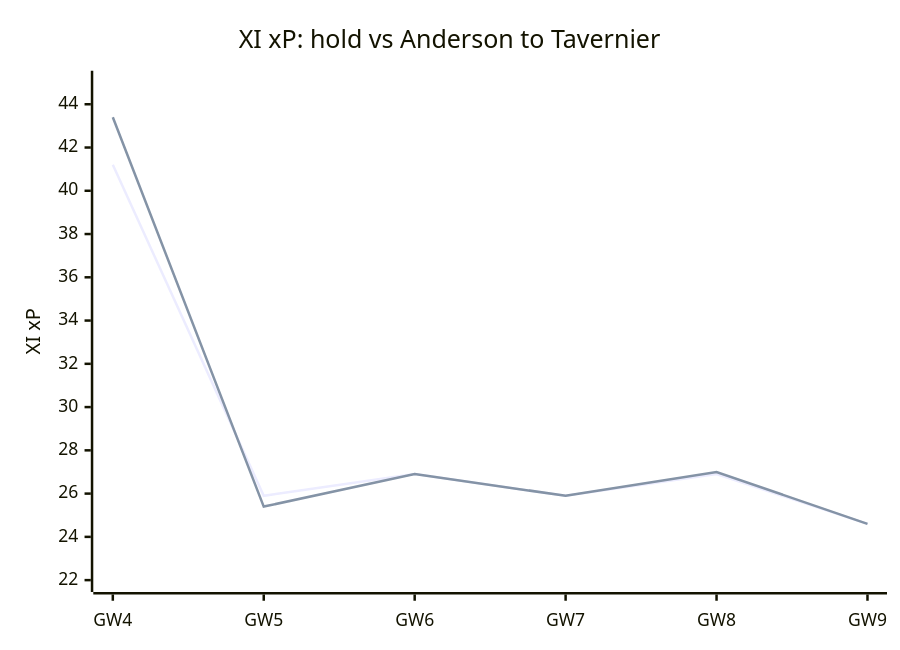
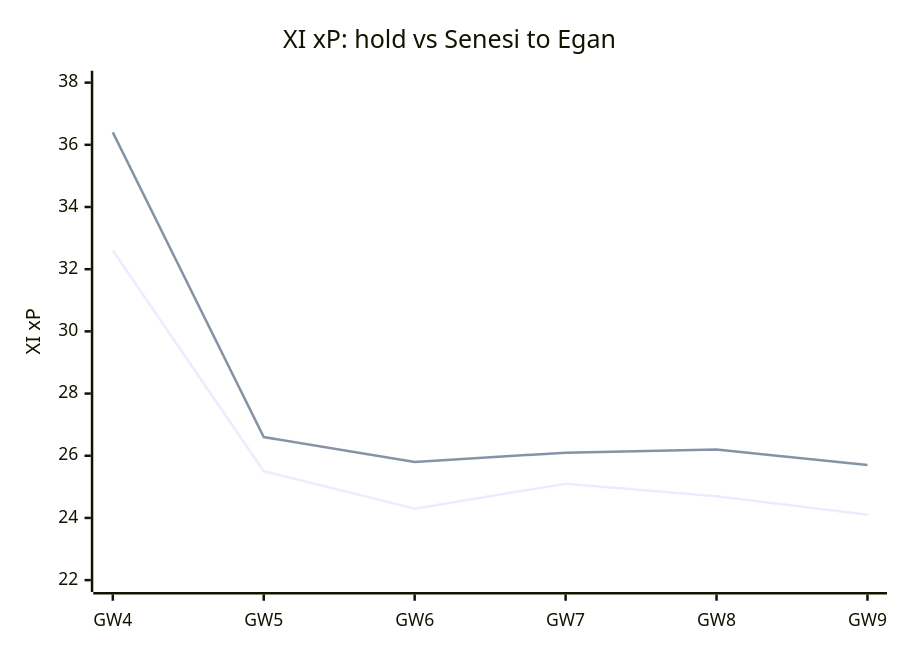
One commit to domagojpoljancic/FPLexpert changed the first of 4 diagrams in reports/plan-gw4.md. Above: the diagram before and after it, drawn with Mermaid. The commit also changed other lines of this file and 3 other files, not shown here.

````diff
--- a/reports/plan-gw4.md
+++ b/reports/plan-gw4.md
@@ -18,8 +18,8 @@
 ```mermaid
 xychart-beta
-    title "XI xP: hold vs Anderson to Tavernier"
+    title "XI xP: hold vs Senesi to Egan"
     x-axis [GW4, GW5, GW6, GW7, GW8, GW9]
-    y-axis "XI xP" 22 --> 45
-    line [41.2, 25.9, 26.9, 25.9, 26.9, 24.6]
-    line [43.4, 25.4, 26.9, 25.9, 27.0, 24.6]
+    y-axis "XI xP" 22 --> 38
+    line [32.6, 25.5, 24.3, 25.1, 24.7, 24.1]
+    line [36.4, 26.6, 25.8, 26.1, 26.2, 25.7]
 ```
````
